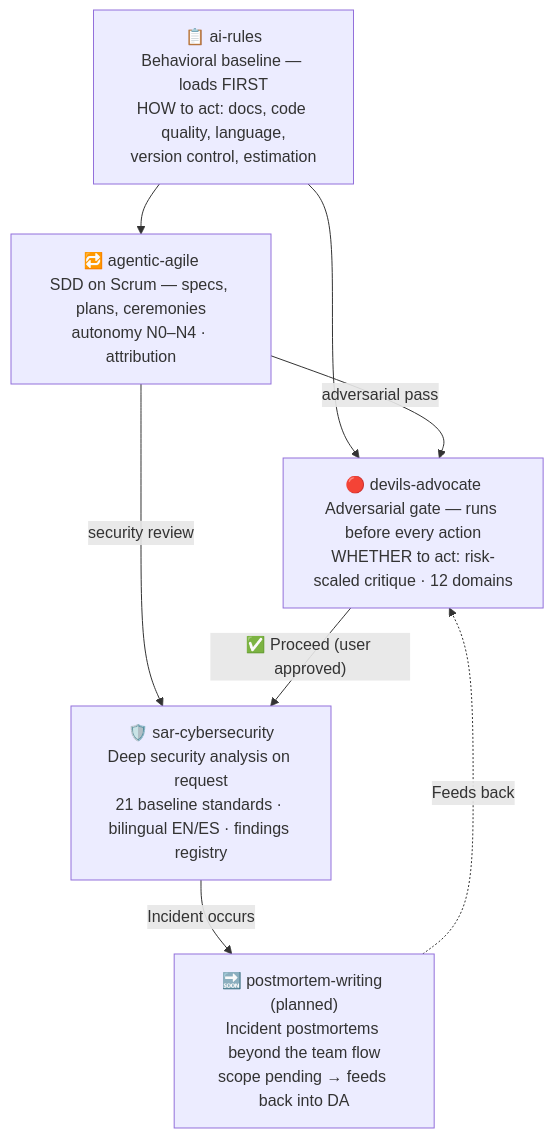
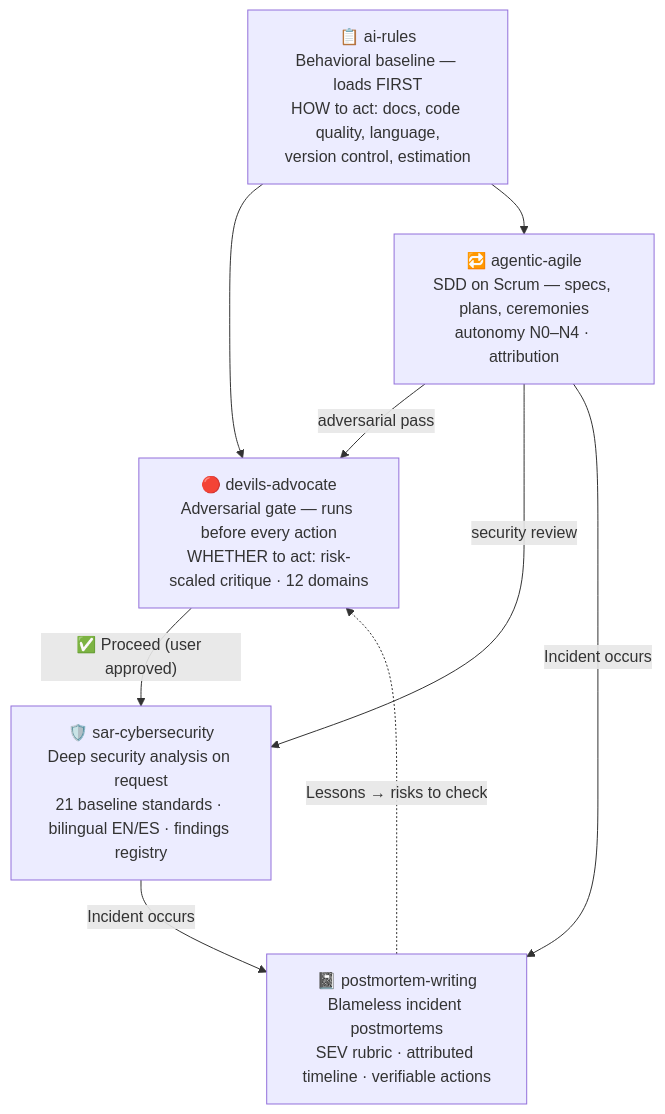
The third of 3 diagrams in README.md (carrilloapps/skills), drawn with Mermaid before and after one commit. The commit also changed other lines of this file and 33 other files, not shown here.

````diff
--- a/README.md
+++ b/README.md
@@ -225,16 +559,17 @@
 ```mermaid
 flowchart TD
     AR["📋 ai-rules\nBehavioral baseline — loads FIRST\nHOW to act: docs, code quality, language,\nversion control, estimation"]
     DA["🔴 devils-advocate\nAdversarial gate — runs before every action\nWHETHER to act: risk-scaled critique · 12 domains"]
     SAR["🛡️ sar-cybersecurity\nDeep security analysis on request\n21 baseline standards · bilingual EN/ES · findings registry"]
     AA["🔁 agentic-agile\nSDD on Scrum — specs, plans, ceremonies\nautonomy N0–N4 · attribution"]
-    PM["🔜 postmortem-writing (planned)\nIncident postmortems beyond the team flow\nscope pending → feeds back into DA"]
+    PM["📓 postmortem-writing\nBlameless incident postmortems\nSEV rubric · attributed timeline · verifiable actions"]
 
     AR --> DA
     AR --> AA
     AA -- "adversarial pass" --> DA
     AA -- "security review" --> SAR
     DA -- "✅ Proceed (user approved)" --> SAR
     SAR -- "Incident occurs" --> PM
-    PM -. "Feeds back" .-> DA
+    AA -- "Incident occurs" --> PM
+    PM -. "Lessons → risks to check" .-> DA
 ```
````
